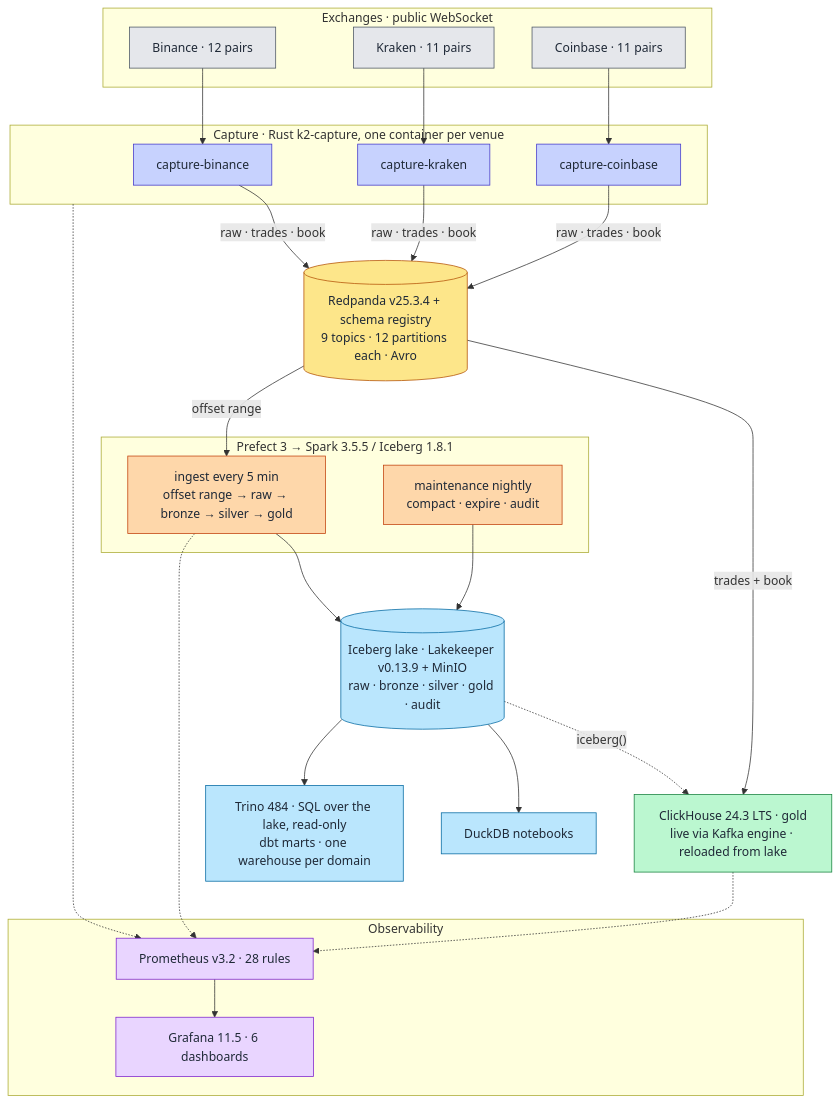
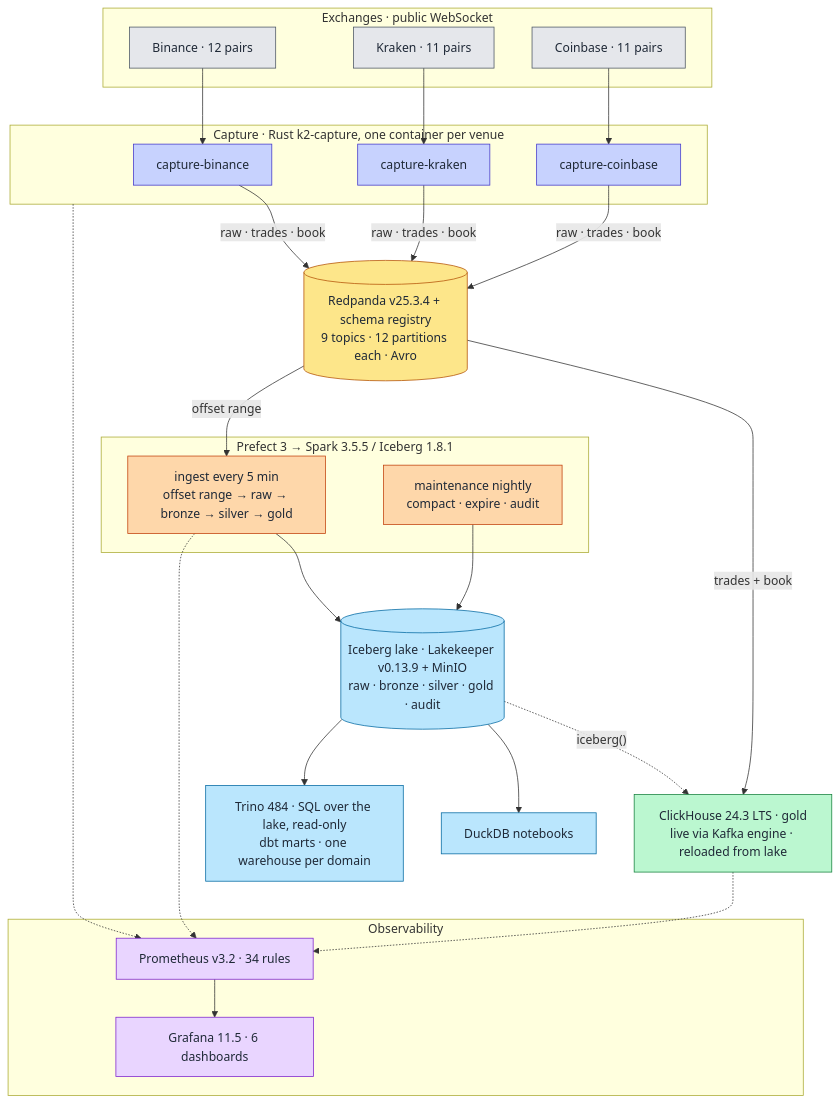
One commit to rjdscott/k2-market-data-platform changed the diagram in docs/architecture/04-system-overview.md. Above: the diagram before and after it, drawn with Mermaid. The commit also changed other lines of this file and 64 other files, not shown here.

````diff
--- a/docs/architecture/04-system-overview.md
+++ b/docs/architecture/04-system-overview.md
@@ -28,53 +28,53 @@
 ```mermaid
 flowchart TB
     subgraph EX["Exchanges · public WebSocket"]
         BIN["Binance · 12 pairs"]
         KRK["Kraken · 11 pairs"]
         CBS["Coinbase · 11 pairs"]
     end
     subgraph CAP["Capture · Rust k2-capture, one container per venue"]
         FHB["capture-binance"]
         FHK["capture-kraken"]
         FHC["capture-coinbase"]
     end
     RP[("Redpanda v25.3.4 + schema registry<br/>9 topics · 12 partitions each · Avro")]
     subgraph BATCH["Prefect 3 → Spark 3.5.5 / Iceberg 1.8.1"]
         ING["ingest every 5 min<br/>offset range → raw → bronze → silver → gold"]
         MNT["maintenance nightly<br/>compact · expire · audit"]
     end
     ICE[("Iceberg lake · Lakekeeper v0.13.9 + MinIO<br/>raw · bronze · silver · gold · audit")]
     CH["ClickHouse 24.3 LTS · gold<br/>live via Kafka engine · reloaded from lake"]
     NB["DuckDB notebooks"]
     TR["Trino 484 · SQL over the lake, read-only<br/>dbt marts · one warehouse per domain"]
     subgraph OBS["Observability"]
-        PR["Prometheus v3.2 · 28 rules"]
+        PR["Prometheus v3.2 · 34 rules"]
         GR["Grafana 11.5 · 6 dashboards"]
     end
 
     BIN --> FHB
     KRK --> FHK
     CBS --> FHC
     FHB & FHK & FHC -->|"raw · trades · book"| RP
     RP -->|"trades + book"| CH
     RP -->|"offset range"| ING --> ICE
     MNT --> ICE
     ICE -.->|"iceberg()"| CH
     ICE --> NB
     ICE --> TR
     CAP & CH & ING -.-> PR --> GR
 
     classDef ex fill:#e5e7eb,stroke:#4b5563,color:#1f2937
     classDef rs fill:#c7d2fe,stroke:#4338ca,color:#1f2937
     classDef rp fill:#fde68a,stroke:#b45309,color:#1f2937
     classDef ch fill:#bbf7d0,stroke:#15803d,color:#1f2937
     classDef sp fill:#fed7aa,stroke:#c2410c,color:#1f2937
     classDef lk fill:#bae6fd,stroke:#0369a1,color:#1f2937
     classDef ob fill:#e9d5ff,stroke:#7e22ce,color:#1f2937
     class BIN,KRK,CBS ex
     class FHB,FHK,FHC rs
     class RP rp
     class CH ch
     class ING,MNT sp
     class ICE,NB,TR lk
     class PR,GR ob
 ```
````
